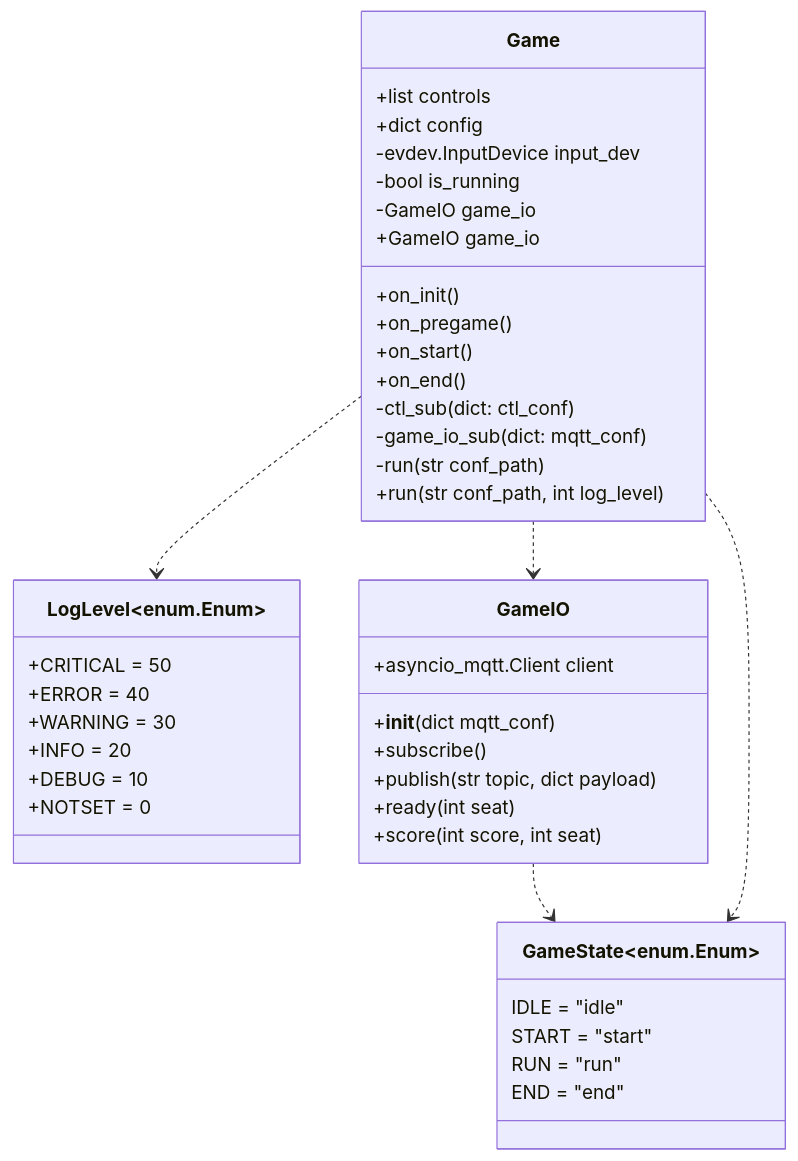
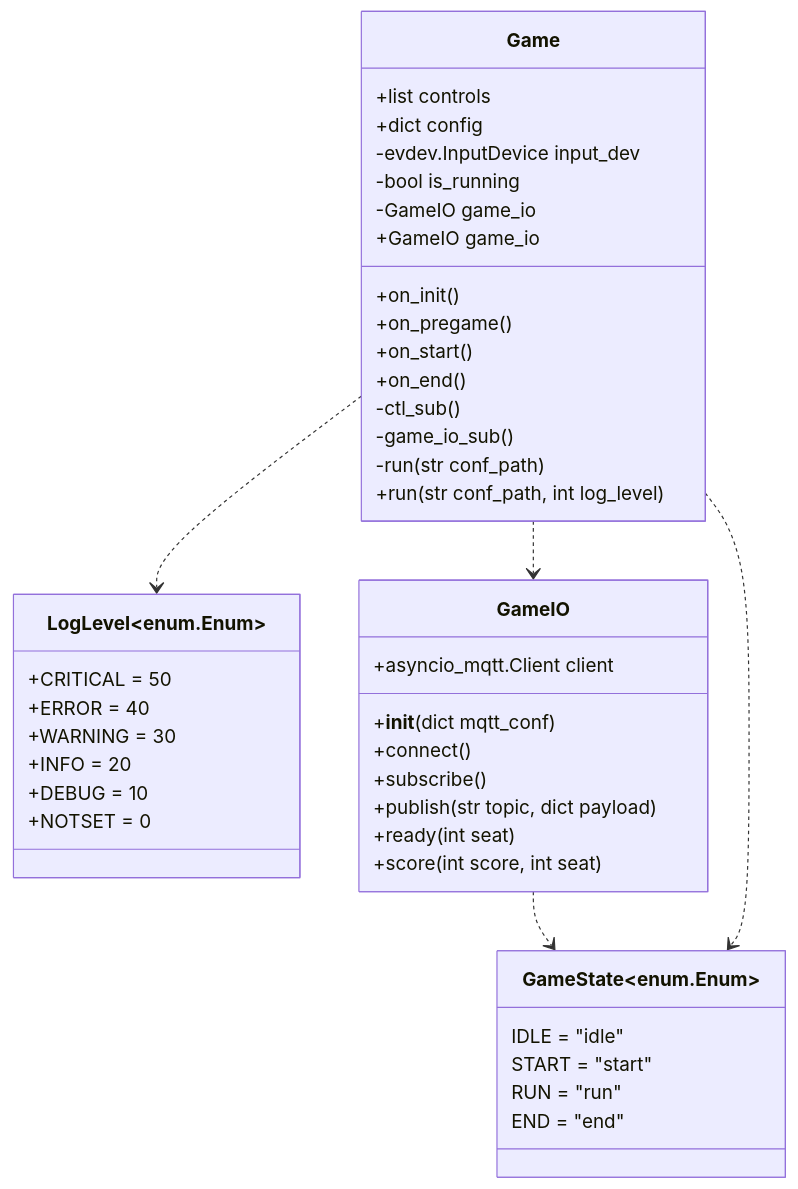
One commit to 4D-Game/CrazyComet changed the second of 2 diagrams in docs/sdk/index.md. Above: the diagram before and after it, drawn with Mermaid. The commit also changed 5 other files, not shown here.

Commit message:
REWORK GameIO connect, ADD Errorhandling for MQTT and Controller connection

````diff
--- a/docs/sdk/index.md
+++ b/docs/sdk/index.md
@@ -65,49 +65,50 @@
 ```mermaid
 classDiagram
   class Game{
     +list controls
     +dict config
     -evdev.InputDevice input_dev
     -bool is_running
     -GameIO game_io
     +GameIO game_io
     +on_init()
     +on_pregame()
     +on_start()
     +on_end()
-    -ctl_sub(dict: ctl_conf)
-    -game_io_sub(dict: mqtt_conf)
+    -ctl_sub()
+    -game_io_sub()
     -run(str conf_path)
     +run(str conf_path, int log_level)
   }
 
   class LogLevel~enum.Enum~{
     +CRITICAL = 50
     +ERROR = 40
     +WARNING = 30
     +INFO = 20
     +DEBUG = 10
     +NOTSET = 0
   }
   Game ..> LogLevel
 
   class GameIO{
     +asyncio_mqtt.Client client
     +__init__(dict mqtt_conf)
+    +connect()
     +subscribe()
     +publish(str topic, dict payload)
     +ready(int seat)
     +score(int score, int seat)
   }
   Game ..> GameIO
 
 
   class GameState~enum.Enum~{
     IDLE = "idle"
     START = "start"
     RUN = "run"
     END = "end"
   }
   GameIO ..> GameState
   Game ..> GameState
 ```
````
